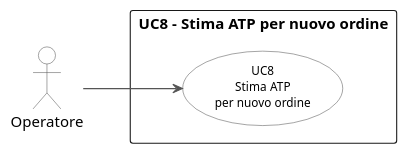
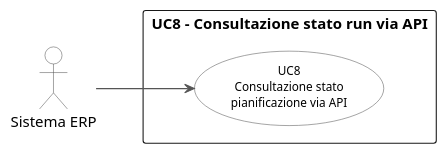
The diagram in plantuml/usecase/uc8.puml (Faverooo/Tesi-MarcoFavero), drawn with PlantUML before and after one commit. The commit also changed 20 other files, not shown here.

```diff
--- a/plantuml/usecase/uc8.puml
+++ b/plantuml/usecase/uc8.puml
@@ -1,22 +1,22 @@
 @startuml uc8
 left to right direction
 skinparam backgroundColor white
 skinparam usecase {
     BackgroundColor White
     BorderColor #555555
     ArrowColor #555555
     FontSize 11
 }
 skinparam actor {
     BackgroundColor White
     BorderColor #555555
 }
 
-actor "Operatore" as op
+actor "Sistema ERP" as erp
 
-rectangle "UC8 - Stima ATP per nuovo ordine" {
-    (UC8\nStima ATP\nper nuovo ordine) as UC8
+rectangle "UC8 - Consultazione stato run via API" {
+    (UC8\nConsultazione stato\npianificazione via API) as UC8
 }
 
-op --> UC8
+erp --> UC8
 @enduml
```
